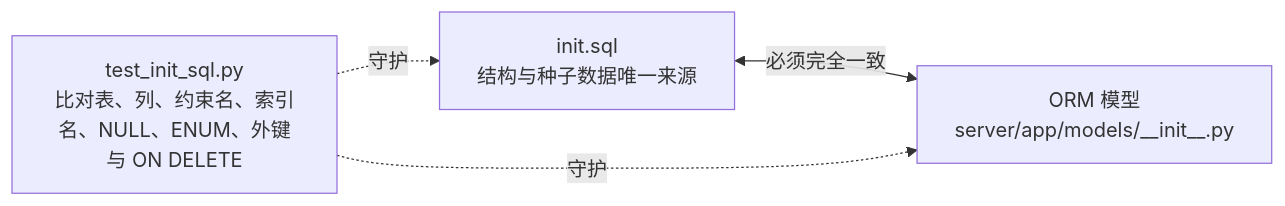
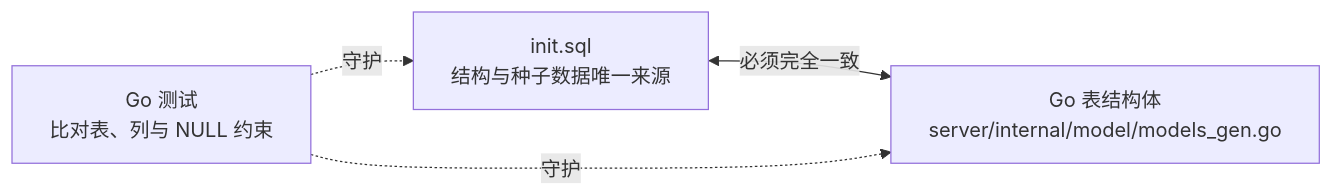
The first of 21 diagrams in docs/websites/pages/dev-data-model.md (Sakana-1314/Electrical-Manager), drawn with Mermaid before and after one commit. The commit also changed other lines of this file and 329 other files, not shown here.

````diff
--- a/docs/websites/pages/dev-data-model.md
+++ b/docs/websites/pages/dev-data-model.md
@@ -5,8 +5,8 @@
 ```mermaid
 flowchart LR
     SQL["init.sql<br/>结构与种子数据唯一来源"]
-    ORM["ORM 模型<br/>server/app/models/__init__.py"]
-    SQL <-->|"必须完全一致"| ORM
-    CHECK["test_init_sql.py<br/>比对表、列、约束名、索引名、NULL、ENUM、外键与 ON DELETE"] -.->|守护| SQL
-    CHECK -.->|守护| ORM
+    GO["Go 表结构体<br/>server/internal/model/models_gen.go"]
+    SQL <-->|"必须完全一致"| GO
+    CHECK["Go 测试<br/>比对表、列与 NULL 约束"] -.->|守护| SQL
+    CHECK -.->|守护| GO
 ```
````
